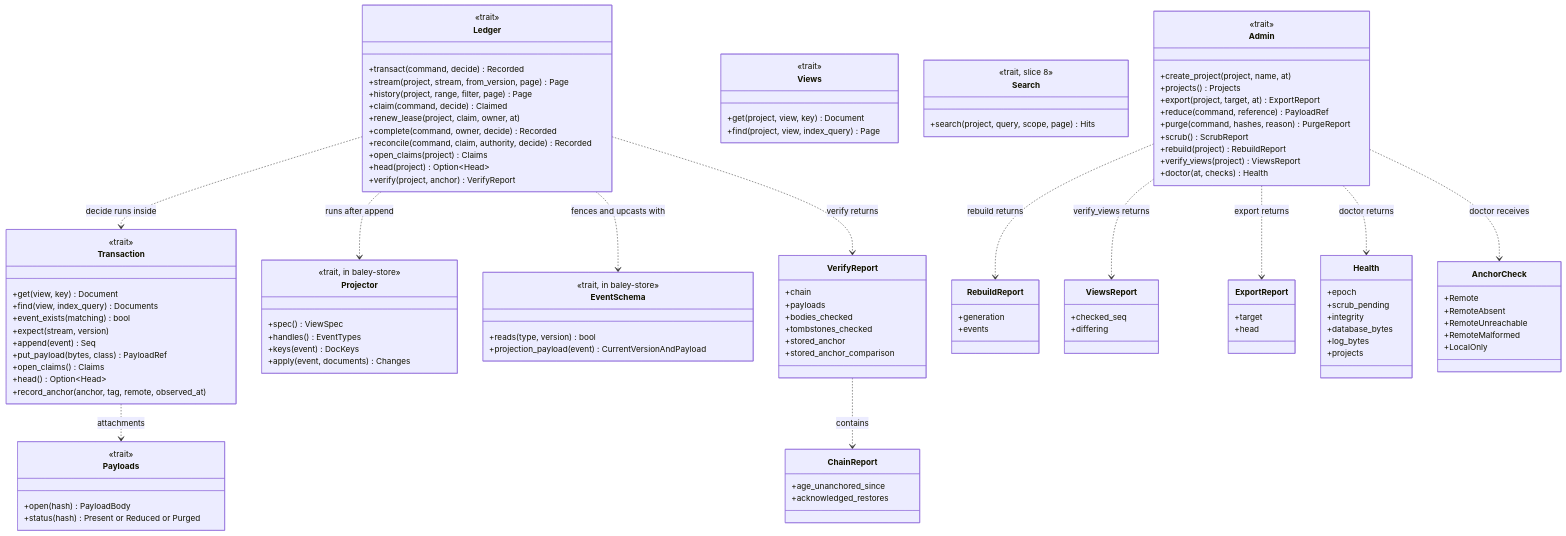
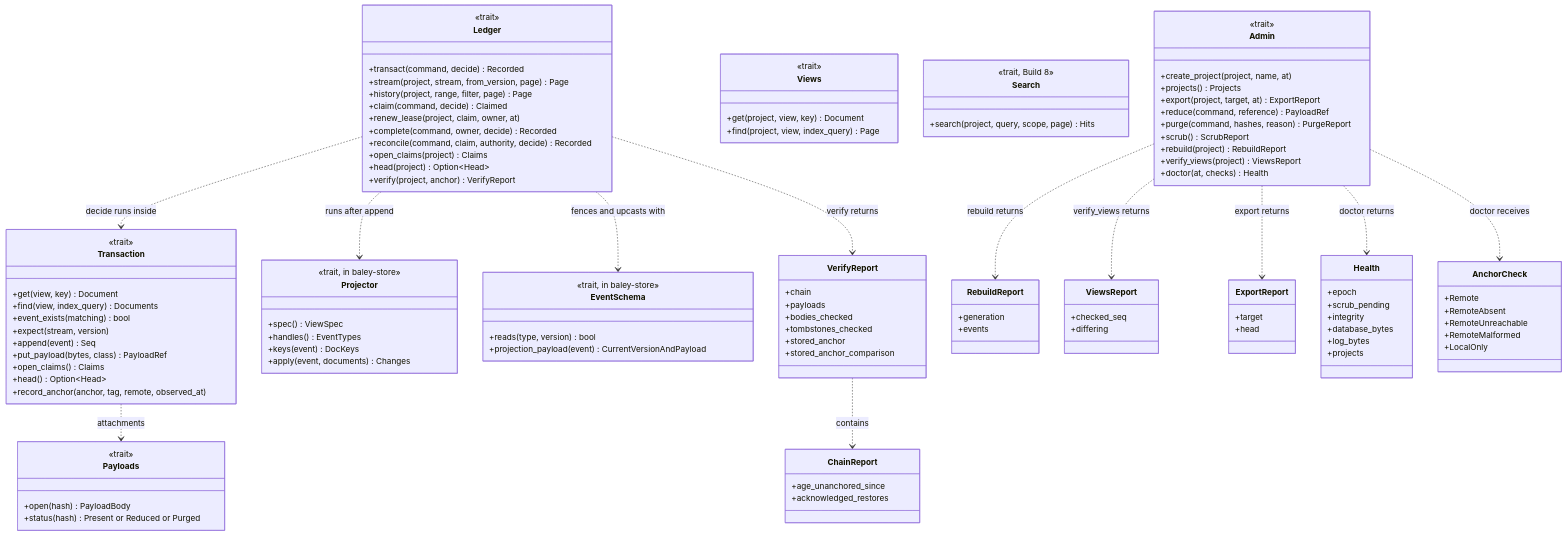
The fourth of 14 diagrams in docs/design/0001-evidence-ledger.md (crenshawdev/baley), drawn with Mermaid before and after one commit. The commit also changed other lines of this file and 2 other files, not shown here.

First line of the commit message:
docs(design): record home checks and build 2 tasks

```diff
--- a/docs/design/0001-evidence-ledger.md
+++ b/docs/design/0001-evidence-ledger.md
@@ -264,7 +264,7 @@
     +status(hash) Present or Reduced or Purged
   }
   class Search {
-    <<trait, slice 8>>
+    <<trait, Build 8>>
     +search(project, query, scope, page) Hits
   }
   class Admin {
```
